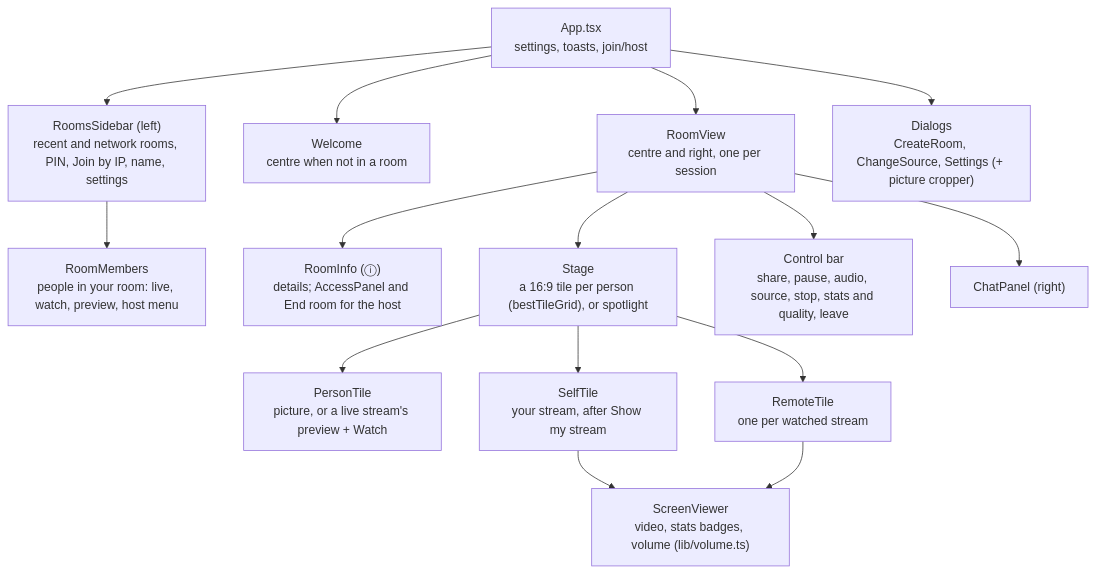
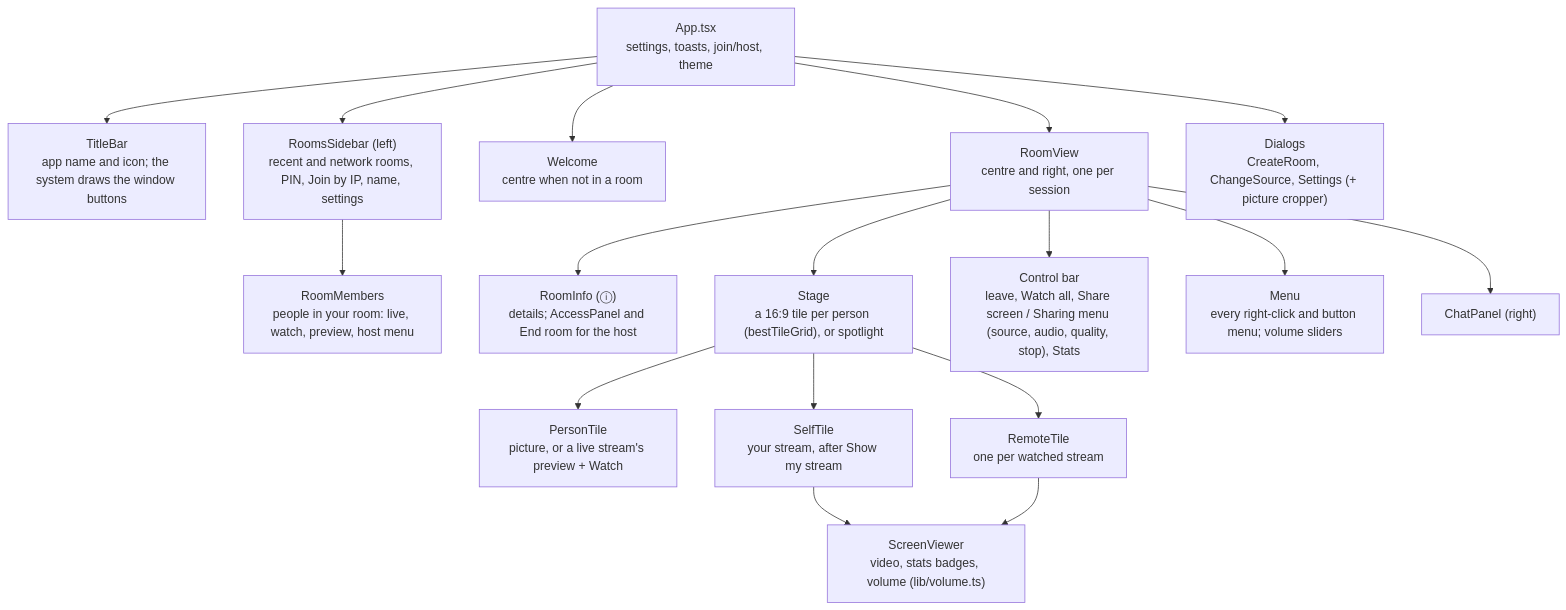
The fifth of 8 diagrams in docs/en-US/architecture.md (nsfxu/lan-screenshare), drawn with Mermaid before and after one commit. The commit also changed other lines of this file and 13 other files, not shown here.

````diff
--- a/docs/en-US/architecture.md
+++ b/docs/en-US/architecture.md
@@ -264,18 +271,20 @@
 ```mermaid
 flowchart TB
-  App["App.tsx<br/>settings, toasts, join/host"]
+  App["App.tsx<br/>settings, toasts, join/host, theme"]
+  App --> Title["TitleBar<br/>app name and icon; the system draws the window buttons"]
   App --> Rooms["RoomsSidebar (left)<br/>recent and network rooms, PIN, Join by IP, name, settings"]
   Rooms --> Members["RoomMembers<br/>people in your room: live, watch, preview, host menu"]
   App --> Welcome["Welcome<br/>centre when not in a room"]
   App --> Room["RoomView<br/>centre and right, one per session"]
   App --> Dlg["Dialogs<br/>CreateRoom, ChangeSource, Settings (+ picture cropper)"]
   Room --> Info["RoomInfo (ⓘ)<br/>details; AccessPanel and End room for the host"]
   Room --> Stage["Stage<br/>a 16:9 tile per person (bestTileGrid), or spotlight"]
   Stage --> Person["PersonTile<br/>picture, or a live stream's preview + Watch"]
   Stage --> Self["SelfTile<br/>your stream, after Show my stream"]
   Stage --> Remote["RemoteTile<br/>one per watched stream"]
   Self --> SV["ScreenViewer<br/>video, stats badges, volume (lib/volume.ts)"]
   Remote --> SV
-  Room --> Bar["Control bar<br/>share, pause, audio, source, stop, stats and quality, leave"]
+  Room --> Bar["Control bar<br/>leave, Watch all, Share screen / Sharing menu (source, audio, quality, stop), Stats"]
+  Room --> Menu["Menu<br/>every right-click and button menu; volume sliders"]
   Room --> Chat["ChatPanel (right)"]
 ```
````
